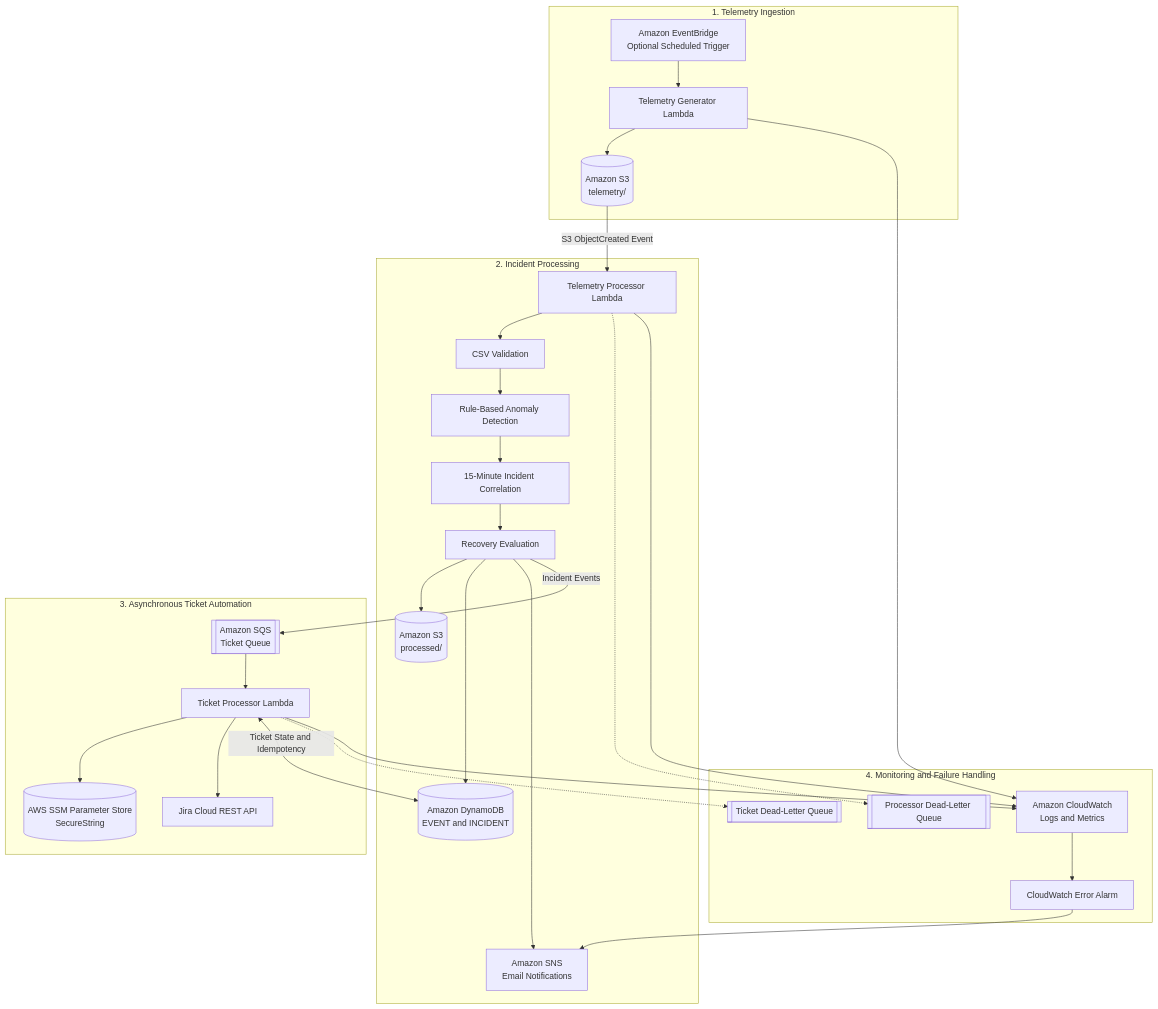
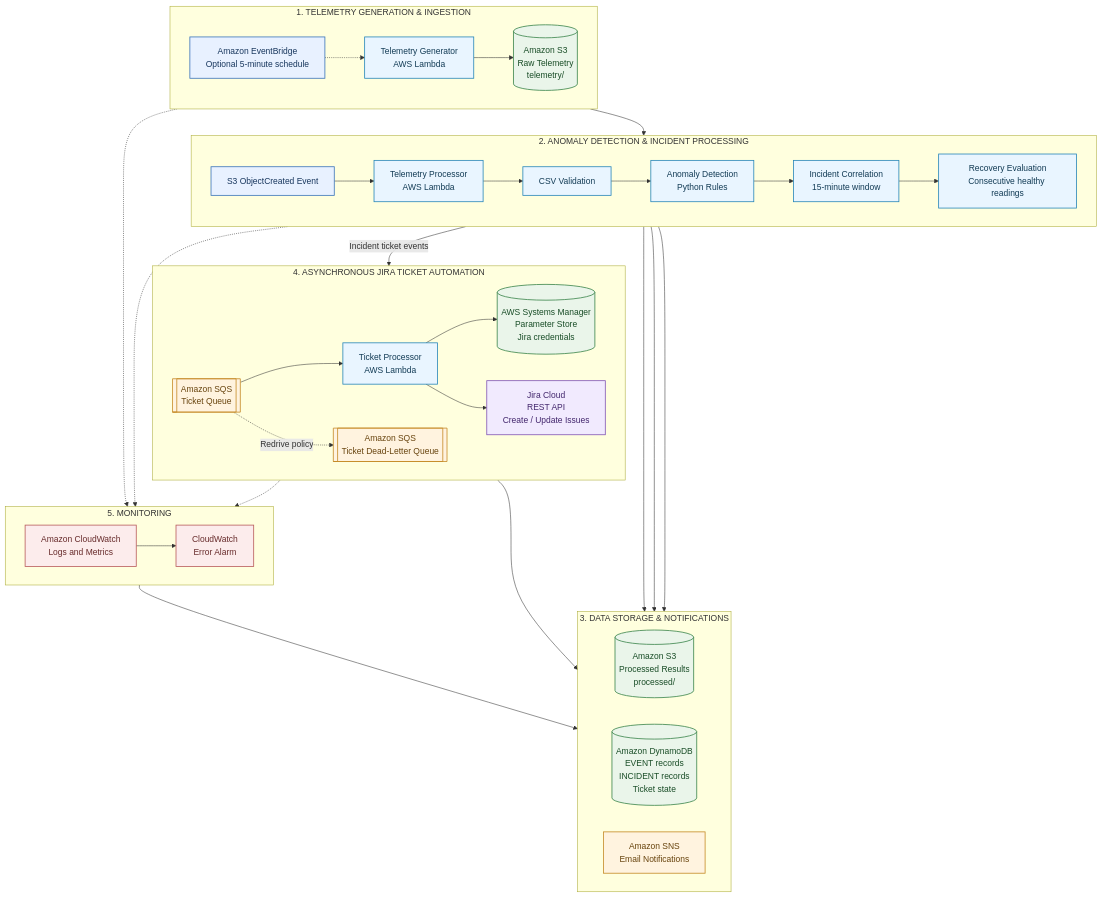
Before and after one commit to rushikeshgokhe/solar-asset-monitoring: the diagram in README.md, drawn with Mermaid. The commit also changed other lines of this file, not shown here.

````diff
--- a/README.md
+++ b/README.md
@@ -45,63 +44,86 @@
 ```mermaid
 flowchart TB
 
-    subgraph A["1. Telemetry Ingestion"]
-        EB["Amazon EventBridge<br/>Optional Scheduled Trigger"]
-        GEN["Telemetry Generator Lambda"]
-        S3IN[("Amazon S3<br/>telemetry/")]
+    subgraph S1["1. TELEMETRY GENERATION & INGESTION"]
+        direction LR
+        EB["Amazon EventBridge<br/>Optional 5-minute schedule"]
+        GEN["Telemetry Generator<br/>AWS Lambda"]
+        RAW[("Amazon S3<br/>Raw Telemetry<br/>telemetry/")]
 
-        EB --> GEN
-        GEN --> S3IN
+        EB -.-> GEN
+        GEN --> RAW
     end
 
-    subgraph B["2. Incident Processing"]
-        PROC["Telemetry Processor Lambda"]
+    subgraph S2["2. ANOMALY DETECTION & INCIDENT PROCESSING"]
+        direction LR
+        TRIGGER["S3 ObjectCreated Event"]
+        PROC["Telemetry Processor<br/>AWS Lambda"]
         VALID["CSV Validation"]
-        DETECT["Rule-Based Anomaly Detection"]
-        NORMAL["15-Minute Incident Correlation"]
-        RECOVERY["Recovery Evaluation"]
+        DETECT["Anomaly Detection<br/>Python Rules"]
+        CORRELATE["Incident Correlation<br/>15-minute window"]
+        RECOVER["Recovery Evaluation<br/>Consecutive healthy readings"]
 
-        S3OUT[("Amazon S3<br/>processed/")]
-        DDB[("Amazon DynamoDB<br/>EVENT and INCIDENT")]
-        SNS["Amazon SNS<br/>Email Notifications"]
-
+        TRIGGER --> PROC
         PROC --> VALID
         VALID --> DETECT
-        DETECT --> NORMAL
-        NORMAL --> RECOVERY
-        RECOVERY --> S3OUT
-        RECOVERY --> DDB
-        RECOVERY --> SNS
+        DETECT --> CORRELATE
+        CORRELATE --> RECOVER
     end
 
-    S3IN -->|"S3 ObjectCreated Event"| PROC
+    RAW --> TRIGGER
 
-    subgraph C["3. Asynchronous Ticket Automation"]
+    subgraph S3["3. DATA STORAGE & NOTIFICATIONS"]
+        direction LR
+        OUTPUT[("Amazon S3<br/>Processed Results<br/>processed/")]
+        DB[("Amazon DynamoDB<br/>EVENT records<br/>INCIDENT records<br/>Ticket state")]
+        SNS["Amazon SNS<br/>Email Notifications"]
+    end
+
+    RECOVER --> OUTPUT
+    RECOVER --> DB
+    RECOVER --> SNS
+
+    subgraph S4["4. ASYNCHRONOUS JIRA TICKET AUTOMATION"]
+        direction LR
         QUEUE[["Amazon SQS<br/>Ticket Queue"]]
-        TICKET["Ticket Processor Lambda"]
-        SSM[("AWS SSM Parameter Store<br/>SecureString")]
-        JIRA["Jira Cloud REST API"]
+        TICKET["Ticket Processor<br/>AWS Lambda"]
+        SSM[("AWS Systems Manager<br/>Parameter Store<br/>Jira credentials")]
+        JIRA["Jira Cloud<br/>REST API<br/>Create / Update Issues"]
+        DLQ[["Amazon SQS<br/>Ticket Dead-Letter Queue"]]
 
         QUEUE --> TICKET
         TICKET --> SSM
         TICKET --> JIRA
-        TICKET <-->|"Ticket State and Idempotency"| DDB
+        TICKET --> DB
+        QUEUE -.->|"Redrive policy"| DLQ
     end
 
-    RECOVERY -->|"Incident Events"| QUEUE
+    RECOVER -->|"Incident ticket events"| QUEUE
 
-    subgraph D["4. Monitoring and Failure Handling"]
+    subgraph S5["5. MONITORING"]
+        direction LR
         CW["Amazon CloudWatch<br/>Logs and Metrics"]
-        ALARM["CloudWatch Error Alarm"]
-        DLQ1[["Processor Dead-Letter Queue"]]
-        DLQ2[["Ticket Dead-Letter Queue"]]
+        ALARM["CloudWatch<br/>Error Alarm"]
 
-        PROC -.-> DLQ1
-        TICKET -.-> DLQ2
-        GEN --> CW
-        PROC --> CW
-        TICKET --> CW
         CW --> ALARM
-        ALARM --> SNS
     end
+
+    GEN -.-> CW
+    PROC -.-> CW
+    TICKET -.-> CW
+    ALARM --> SNS
+
+    classDef trigger fill:#E8F1FF,stroke:#3973B9,color:#17365D,stroke-width:1.5px
+    classDef compute fill:#E9F5FF,stroke:#2685B8,color:#123B55,stroke-width:1.5px
+    classDef storage fill:#EAF5EA,stroke:#39844A,color:#194D27,stroke-width:1.5px
+    classDef messaging fill:#FFF3DF,stroke:#C58A25,color:#67430D,stroke-width:1.5px
+    classDef external fill:#F1EAFE,stroke:#8055B5,color:#42266C,stroke-width:1.5px
+    classDef monitoring fill:#FCECEC,stroke:#B85B5B,color:#672B2B,stroke-width:1.5px
+
+    class EB,TRIGGER trigger
+    class GEN,PROC,TICKET,VALID,DETECT,CORRELATE,RECOVER compute
+    class RAW,OUTPUT,DB,SSM storage
+    class QUEUE,DLQ,SNS messaging
+    class JIRA external
+    class CW,ALARM monitoring
 ```
````
